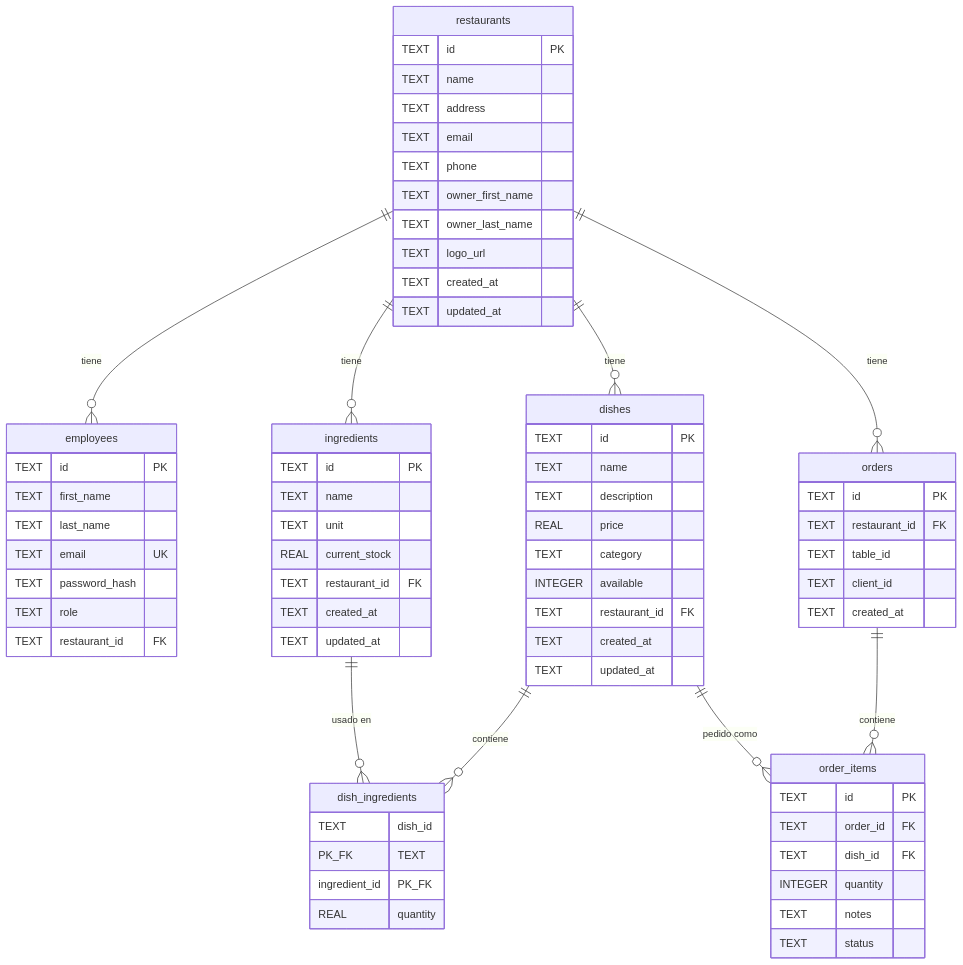
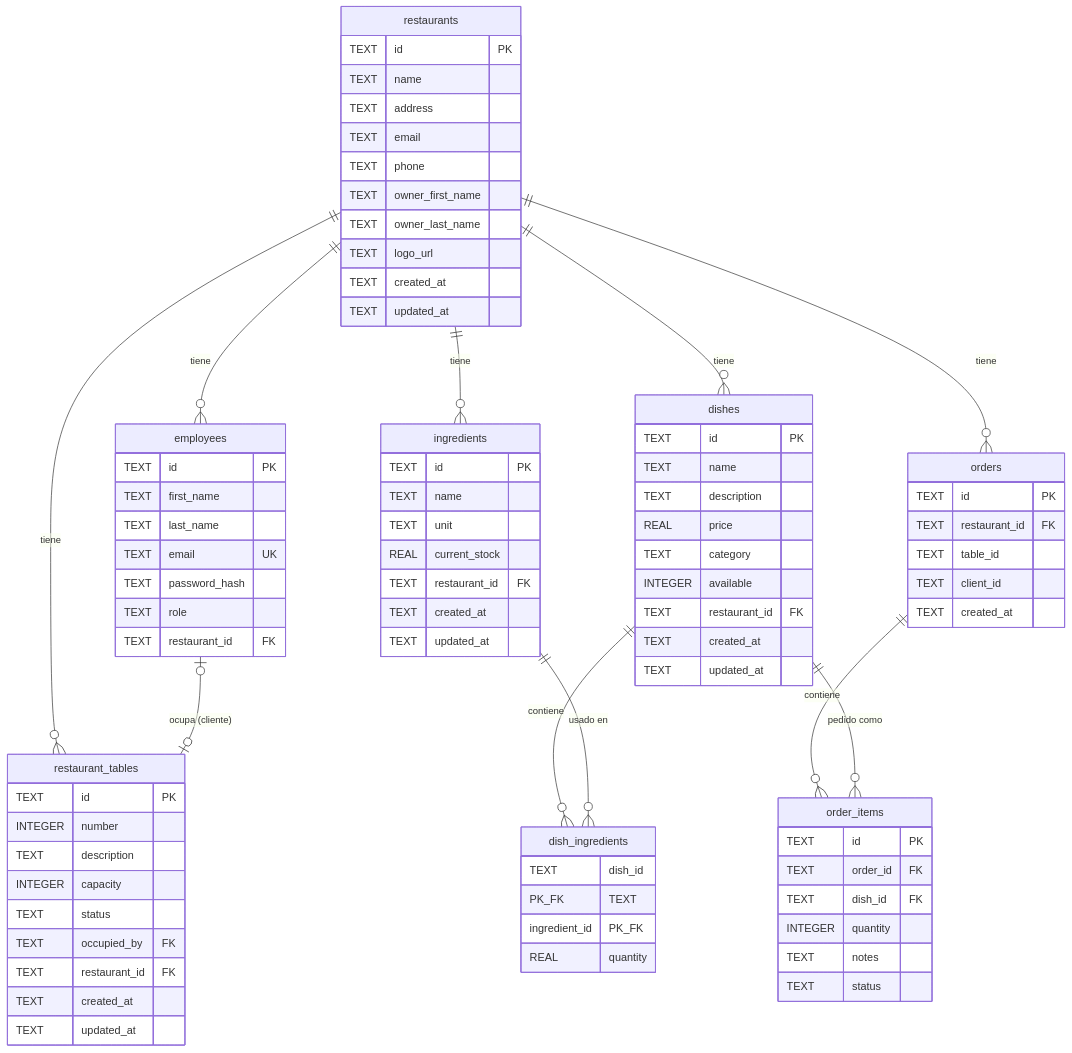
Before and after one commit to angelisco1/curso-claude-ed6: the diagram in docs/dominio/modelo-datos.md, drawn with Mermaid. The commit also changed other lines of this file, not shown here.

Commit message:
docs(mesas): documenta restaurant_tables y orders.table_id en el modelo de datos

````diff
--- a/docs/dominio/modelo-datos.md
+++ b/docs/dominio/modelo-datos.md
@@ -12,6 +12,8 @@
     restaurants ||--o{ ingredients : "tiene"
     restaurants ||--o{ dishes : "tiene"
     restaurants ||--o{ orders : "tiene"
+    restaurants ||--o{ restaurant_tables : "tiene"
+    employees |o--o| restaurant_tables : "ocupa (cliente)"
     dishes ||--o{ dish_ingredients : "contiene"
     ingredients ||--o{ dish_ingredients : "usado en"
     orders ||--o{ order_items : "contiene"
@@ -84,4 +86,16 @@
         TEXT notes
         TEXT status
     }
+
+    restaurant_tables {
+        TEXT id PK
+        INTEGER number
+        TEXT description
+        INTEGER capacity
+        TEXT status
+        TEXT occupied_by FK
+        TEXT restaurant_id FK
+        TEXT created_at
+        TEXT updated_at
+    }
 ```
````
